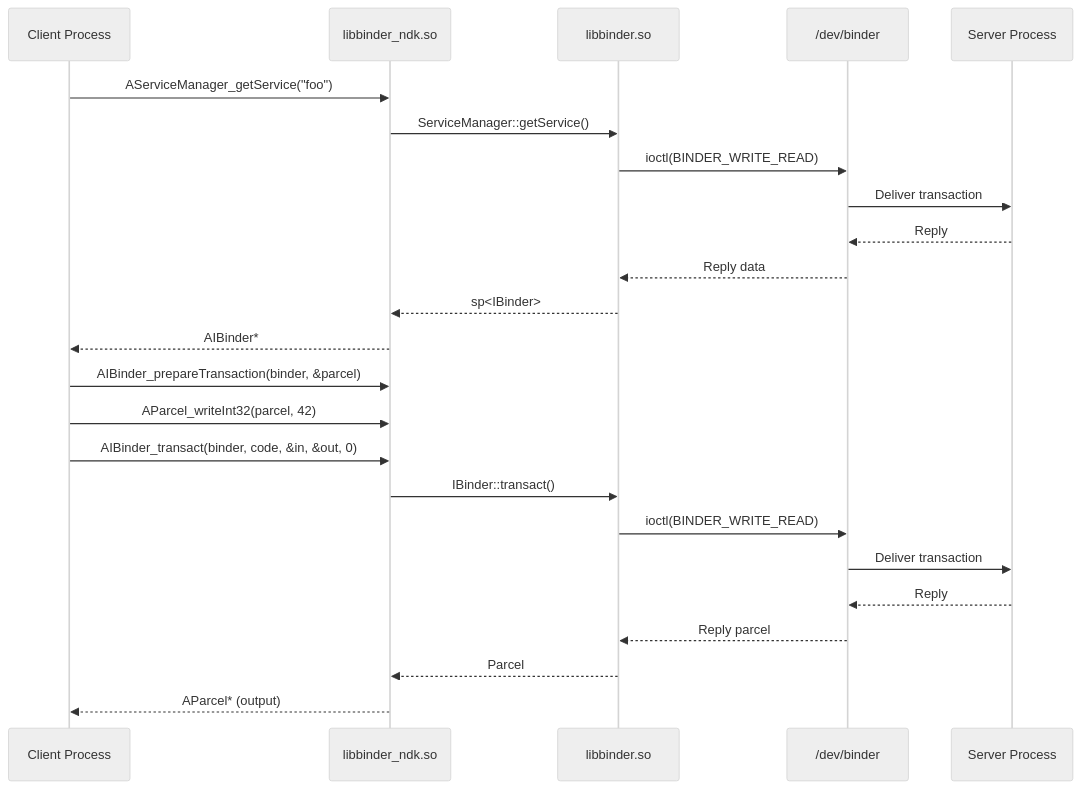
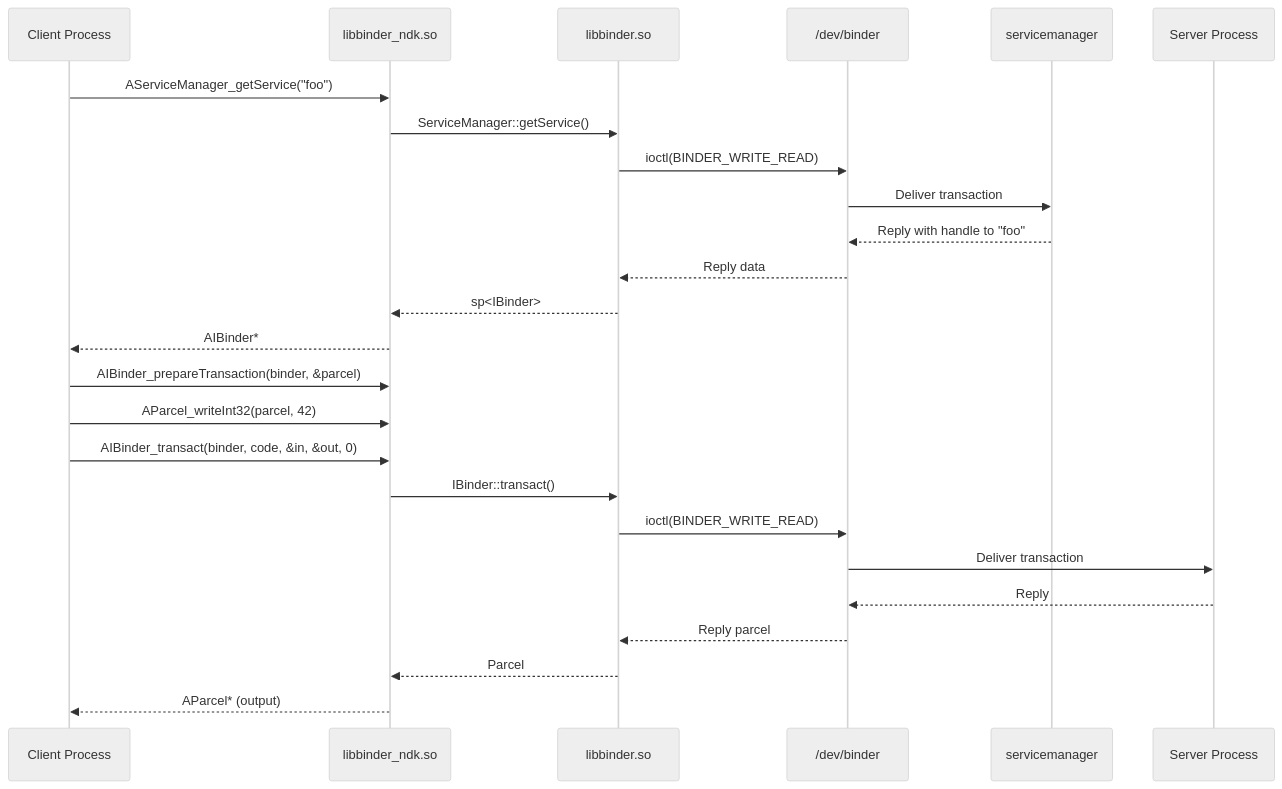
Diagram 12 of 17 in agents/claude/skills/aosp-native-foundation/11-ndk.md (aospbooks/aosp-internal-book), drawn with Mermaid (neutral theme) before and after one commit. The commit also changed other lines of this file and 218 other files, not shown here.

````diff
--- a/agents/claude/skills/aosp-native-foundation/11-ndk.md
+++ b/agents/claude/skills/aosp-native-foundation/11-ndk.md
@@ -2106,28 +2132,29 @@
 ```mermaid
 sequenceDiagram
     participant Client as Client Process
     participant BNDK as libbinder_ndk.so
     participant Binder as libbinder.so
     participant Driver as /dev/binder
+    participant SM as servicemanager
     participant Server as Server Process
 
     Client->>BNDK: AServiceManager_getService("foo")
     BNDK->>Binder: ServiceManager::getService()
     Binder->>Driver: ioctl(BINDER_WRITE_READ)
-    Driver->>Server: Deliver transaction
-    Server-->>Driver: Reply
+    Driver->>SM: Deliver transaction
+    SM-->>Driver: Reply with handle to "foo"
     Driver-->>Binder: Reply data
     Binder-->>BNDK: sp<IBinder>
     BNDK-->>Client: AIBinder*
 
     Client->>BNDK: AIBinder_prepareTransaction(binder, &parcel)
     Client->>BNDK: AParcel_writeInt32(parcel, 42)
     Client->>BNDK: AIBinder_transact(binder, code, &in, &out, 0)
     BNDK->>Binder: IBinder::transact()
     Binder->>Driver: ioctl(BINDER_WRITE_READ)
     Driver->>Server: Deliver transaction
     Server-->>Driver: Reply
     Driver-->>Binder: Reply parcel
     Binder-->>BNDK: Parcel
     BNDK-->>Client: AParcel* (output)
 ```
````
